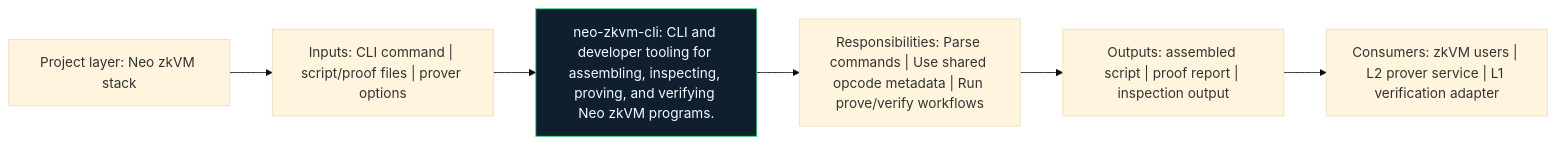
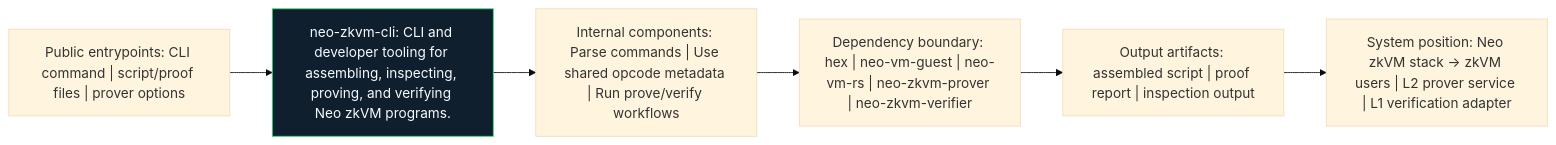
Before and after one commit to r3e-network/neo-zkvm: the diagram in crates/neo-zkvm-cli/docs/figures/architecture.mmd, drawn with Mermaid (base theme). The commit also changed 97 other files, not shown here.

```diff
--- a/crates/neo-zkvm-cli/docs/figures/architecture.mmd
+++ b/crates/neo-zkvm-cli/docs/figures/architecture.mmd
@@ -1,14 +1,14 @@
 flowchart LR
-    N1["Project layer: Neo zkVM stack"]
-    N2["Inputs: CLI command | script/proof files | prover options"]
-    N3["neo-zkvm-cli: CLI and developer tooling for assembling, inspecting, proving, and verifying Neo zkVM programs."]
-    N4["Responsibilities: Parse commands | Use shared opcode metadata | Run prove/verify workflows"]
-    N5["Outputs: assembled script | proof report | inspection output"]
-    N6["Consumers: zkVM users | L2 prover service | L1 verification adapter"]
+    N1["Public entrypoints: CLI command | script/proof files | prover options"]
+    N2["neo-zkvm-cli: CLI and developer tooling for assembling, inspecting, proving, and verifying Neo zkVM programs."]
+    N3["Internal components: Parse commands | Use shared opcode metadata | Run prove/verify workflows"]
+    N4["Dependency boundary: hex | neo-vm-guest | neo-vm-rs | neo-zkvm-prover | neo-zkvm-verifier"]
+    N5["Output artifacts: assembled script | proof report | inspection output"]
+    N6["System position: Neo zkVM stack -> zkVM users | L2 prover service | L1 verification adapter"]
     N1 --> N2
     N2 --> N3
     N3 --> N4
     N4 --> N5
     N5 --> N6
     classDef crate fill:#101f2d,stroke:#38d978,color:#f6fbff
-    class N3 crate
+    class N2 crate
```
